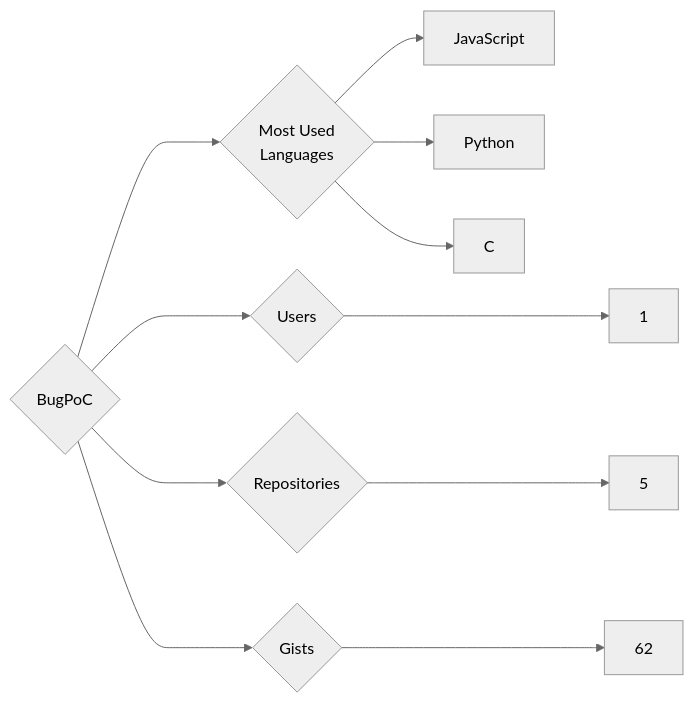
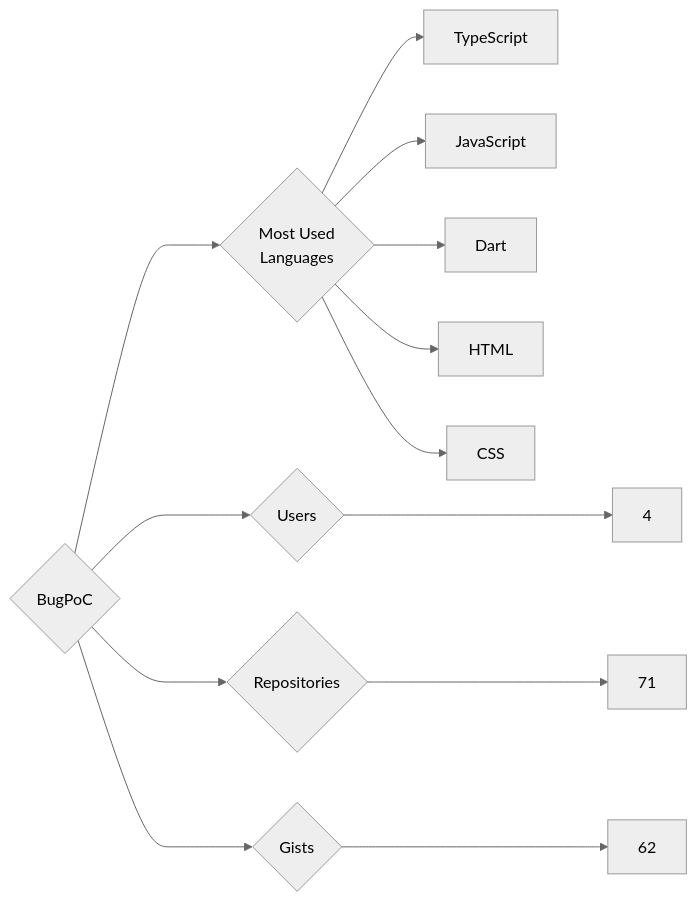
The diagram in targets/BugPoC/README.md (trickest/insiders), drawn with Mermaid (neutral theme) before and after one commit. The commit also changed 859 other files, not shown here.

````diff
--- a/targets/BugPoC/README.md
+++ b/targets/BugPoC/README.md
@@ -3,11 +3,13 @@
 ```mermaid
 graph LR
 COMPANY_NAME{BugPoC}
-COMPANY_NAME ---> U{Users} ---> UN[1]
-COMPANY_NAME ---> R{Repositories} ---> RN[5]
+COMPANY_NAME ---> U{Users} ---> UN[4]
+COMPANY_NAME ---> R{Repositories} ---> RN[71]
 COMPANY_NAME ---> G{Gists} ---> GN[62]
 COMPANY_NAME ---> ML{Most Used<br>Languages}
+ML --> TypeScript[TypeScript]
 ML --> JavaScript[JavaScript]
-ML --> Python[Python]
-ML --> C[C]
+ML --> Dart[Dart]
+ML --> HTML[HTML]
+ML --> CSS[CSS]
 ```
````
